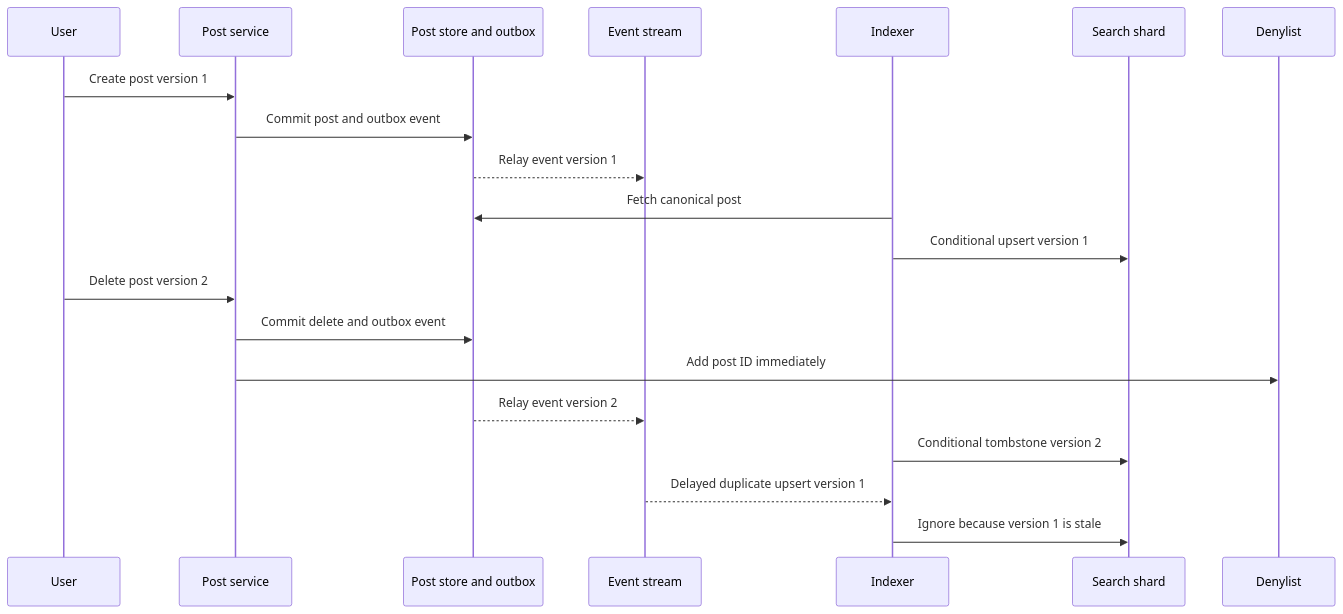
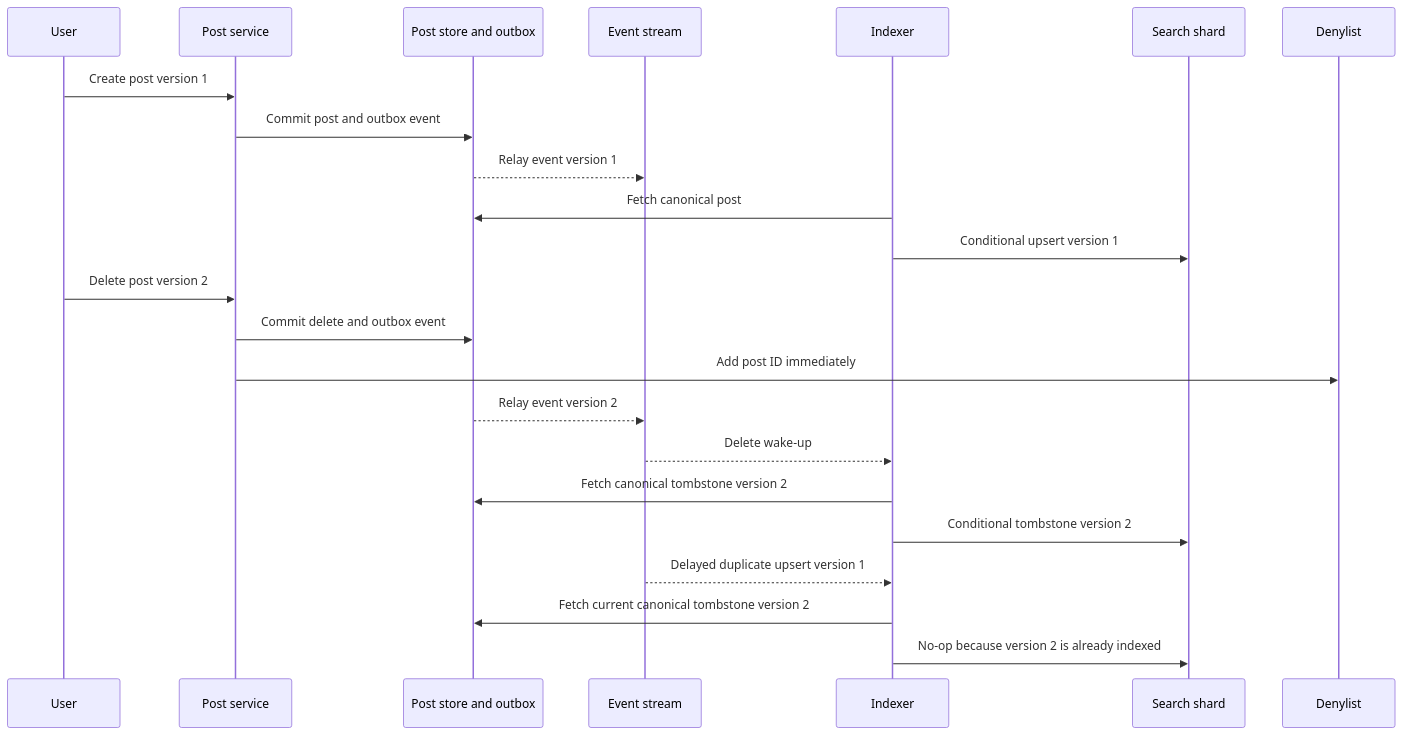
One commit to Pranshu258/system-design changed the third of 5 diagrams in post-search-system-design.md. Above: the diagram before and after it, drawn with Mermaid. The commit also changed other lines of this file and 23 other files, not shown here.

````diff
--- a/post-search-system-design.md
+++ b/post-search-system-design.md
@@ -231,22 +232,25 @@
 ```mermaid
 sequenceDiagram
     participant U as User
     participant P as Post service
     participant DB as Post store and outbox
     participant B as Event stream
     participant I as Indexer
     participant S as Search shard
     participant D as Denylist
     U->>P: Create post version 1
     P->>DB: Commit post and outbox event
     DB-->>B: Relay event version 1
     I->>DB: Fetch canonical post
     I->>S: Conditional upsert version 1
     U->>P: Delete post version 2
     P->>DB: Commit delete and outbox event
     P->>D: Add post ID immediately
     DB-->>B: Relay event version 2
+    B-->>I: Delete wake-up
+    I->>DB: Fetch canonical tombstone version 2
     I->>S: Conditional tombstone version 2
     B-->>I: Delayed duplicate upsert version 1
-    I->>S: Ignore because version 1 is stale
+    I->>DB: Fetch current canonical tombstone version 2
+    I->>S: No-op because version 2 is already indexed
 ```
````
